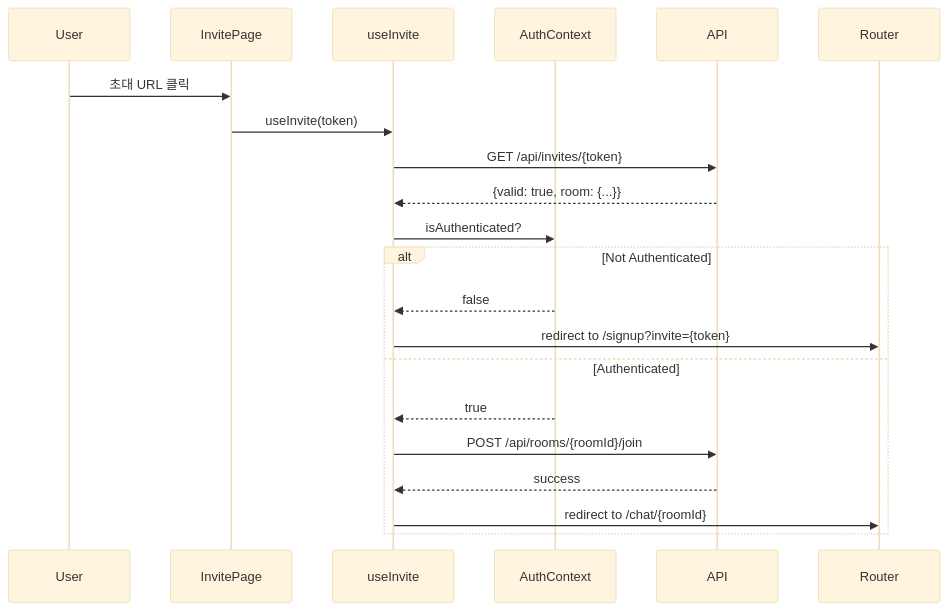
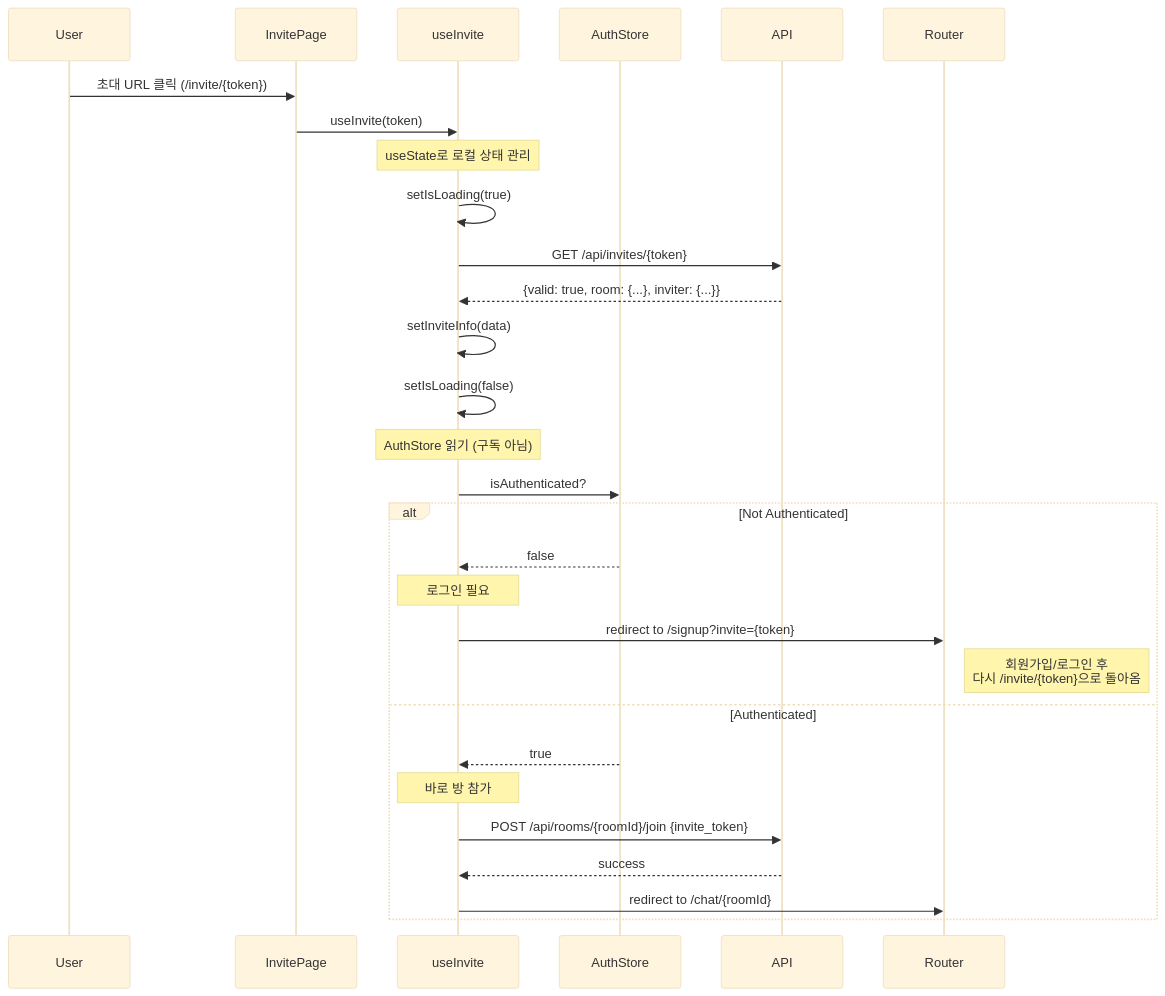
One commit to dasanworld/ChatService changed the second of 4 diagrams in docs/pages/invite/state-management.md. Above: the diagram before and after it, drawn with Mermaid (base theme). The commit also changed other lines of this file and 4 other files, not shown here.

Commit message:
docs: Update state management documentation for Chat Room, Dashboard, Invite, Login, and Signup pages with Flux architecture and flow diagrams

````diff
--- a/docs/pages/invite/state-management.md
+++ b/docs/pages/invite/state-management.md
@@ -220,27 +251,37 @@
 ```mermaid
 sequenceDiagram
     participant User
     participant InvitePage
     participant useInvite
-    participant AuthContext
+    participant AuthStore
     participant API
     participant Router
     
-    User->>InvitePage: 초대 URL 클릭
+    User->>InvitePage: 초대 URL 클릭 (/invite/{token})
     InvitePage->>useInvite: useInvite(token)
     
+    Note over useInvite: useState로 로컬 상태 관리
+    useInvite->>useInvite: setIsLoading(true)
+    
     useInvite->>API: GET /api/invites/{token}
-    API-->>useInvite: {valid: true, room: {...}}
+    API-->>useInvite: {valid: true, room: {...}, inviter: {...}}
     
-    useInvite->>AuthContext: isAuthenticated?
+    useInvite->>useInvite: setInviteInfo(data)
+    useInvite->>useInvite: setIsLoading(false)
+    
+    Note over useInvite: AuthStore 읽기 (구독 아님)
+    useInvite->>AuthStore: isAuthenticated?
     
     alt Not Authenticated
-        AuthContext-->>useInvite: false
+        AuthStore-->>useInvite: false
+        Note over useInvite: 로그인 필요
         useInvite->>Router: redirect to /signup?invite={token}
+        Note right of Router: 회원가입/로그인 후<br/>다시 /invite/{token}으로 돌아옴
     else Authenticated
-        AuthContext-->>useInvite: true
-        useInvite->>API: POST /api/rooms/{roomId}/join
+        AuthStore-->>useInvite: true
+        Note over useInvite: 바로 방 참가
+        useInvite->>API: POST /api/rooms/{roomId}/join {invite_token}
         API-->>useInvite: success
         useInvite->>Router: redirect to /chat/{roomId}
     end
 ```
````
